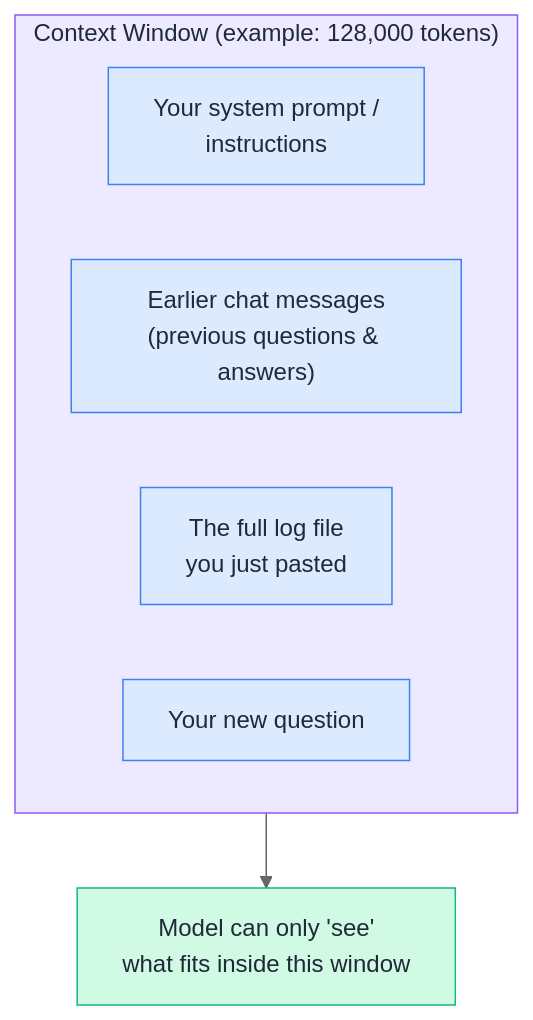
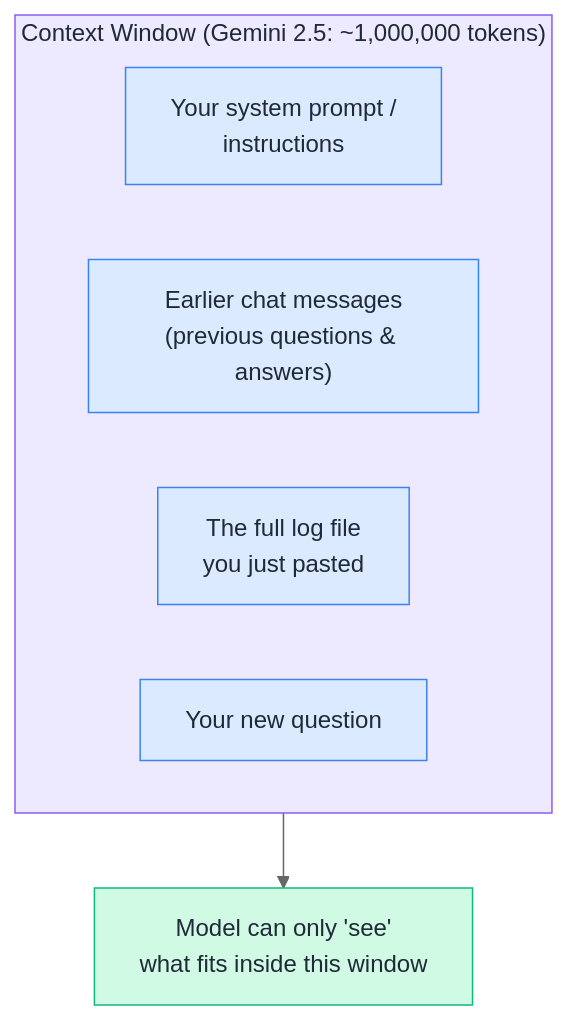
One commit to saghosh8/AI-For-DevOps changed the second of 7 diagrams in Week 1 — LLM & GenAI Foundations/Day 2 — How LLMs Work.md. Above: the diagram before and after it, drawn with Mermaid (neutral theme). The commit also changed other lines of this file, not shown here.

````diff
--- a/Week 1 — LLM & GenAI Foundations/Day 2 — How LLMs Work.md
+++ b/Week 1 — LLM & GenAI Foundations/Day 2 — How LLMs Work.md
@@ -66,21 +63,21 @@
 ```mermaid
 flowchart TB
-    subgraph CW["Context Window (example: 128,000 tokens)"]
+    subgraph CW["Context Window (Gemini 2.5: ~1,000,000 tokens)"]
         A["Your system prompt /\ninstructions"]
         B["Earlier chat messages\n(previous questions & answers)"]
         C["The full log file\nyou just pasted"]
         D["Your new question"]
     end
     CW --> E["Model can only 'see'\nwhat fits inside this window"]
 
     classDef purple fill:#EDE9FE,stroke:#8B5CF6,color:#1F2937
     classDef blue fill:#DBEAFE,stroke:#3B82F6,color:#1F2937
     classDef green fill:#D1FAE5,stroke:#10B981,color:#1F2937
 
     class CW purple
     class A blue
     class B blue
     class C blue
     class D blue
     class E green
 ```
````
